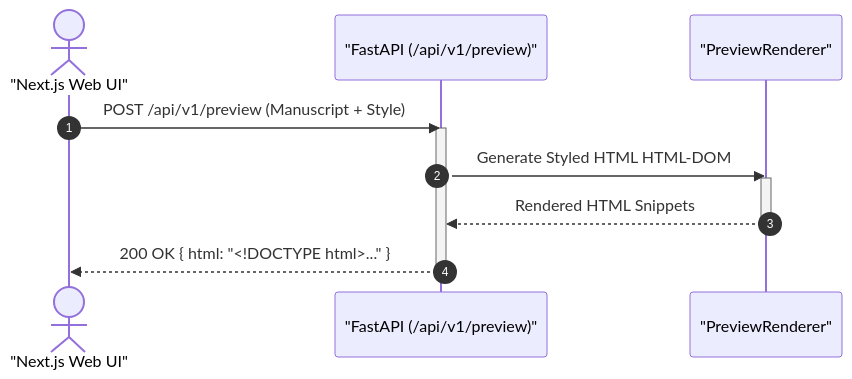
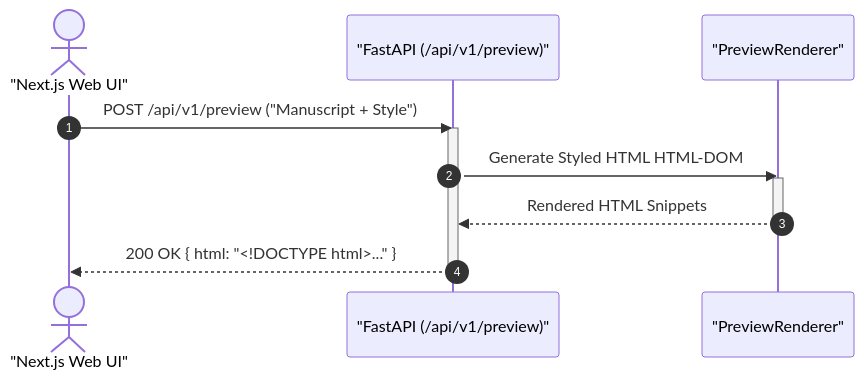
The third of 4 diagrams in docs/docs/architecture/data-flow.md (rohitkumarnaidu/ScholarFormAI), drawn with Mermaid before and after one commit. The commit also changed other lines of this file and 611 other files, not shown here.

````diff
--- a/docs/docs/architecture/data-flow.md
+++ b/docs/docs/architecture/data-flow.md
@@ -82,16 +82,16 @@
 ```mermaid
 sequenceDiagram
     autonumber
     actor User as "Next.js Web UI"
     participant API as "FastAPI (/api/v1/preview)"
     participant Formatter as "PreviewRenderer"
 
-    User->>API: POST /api/v1/preview (Manuscript + Style)
+    User->>API: POST /api/v1/preview ("Manuscript + Style")
     activate API
     API->>Formatter: Generate Styled HTML HTML-DOM
     activate Formatter
     Formatter-->>API: Rendered HTML Snippets
     deactivate Formatter
     API-->>User: 200 OK { html: "<!DOCTYPE html>..." }
     deactivate API
 ```
````
